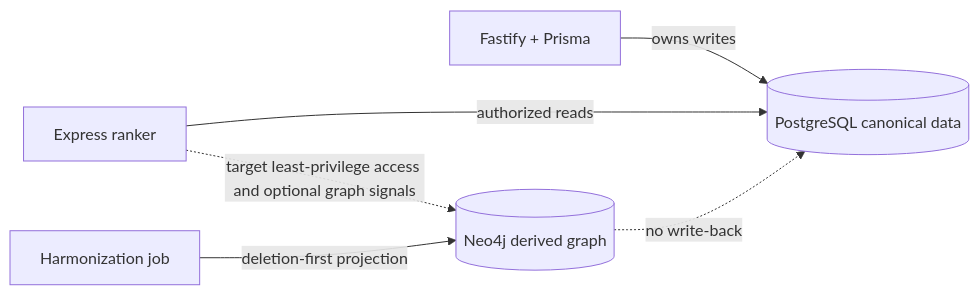
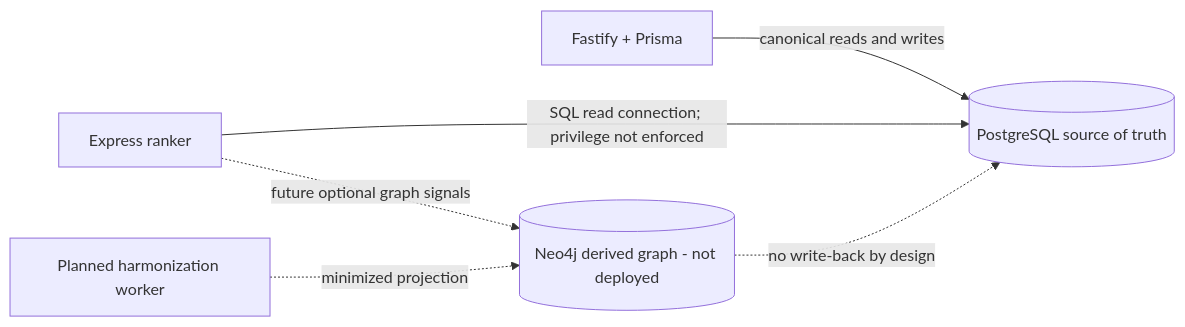
Before and after one commit to bhsei/26A: diagram 13 of 14 in docs/design/SAD.md, drawn with Mermaid. The commit also changed other lines of this file, not shown here.

First line of the commit message:
W10 - SAD design v1.0; add AdoptAJob Software Architecture Document

````diff
--- a/docs/design/SAD.md
+++ b/docs/design/SAD.md
@@ -891,8 +1000,8 @@
 ```mermaid
 flowchart LR
-    B[Fastify + Prisma] -- owns writes --> P[(PostgreSQL canonical data)]
-    E[Express ranker] -- authorized reads --> P
-    H[Harmonization job] -- deletion-first projection --> N[(Neo4j derived graph)]
-    E -. target least-privilege access and optional graph signals .-> N
-    N -. no write-back .-> P
+    B[Fastify + Prisma] -- canonical reads and writes --> P[(PostgreSQL source of truth)]
+    E[Express ranker] -- SQL read connection; privilege not enforced --> P
+    H[Planned harmonization worker] -. minimized projection .-> N[(Neo4j derived graph - not deployed)]
+    E -. future optional graph signals .-> N
+    N -. no write-back by design .-> P
 ```
````
